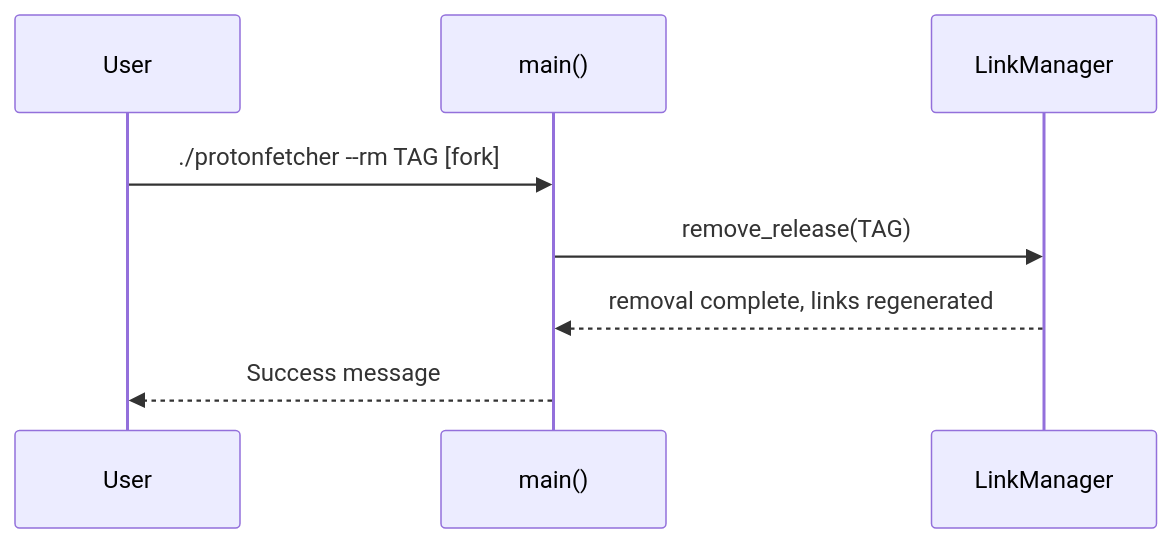
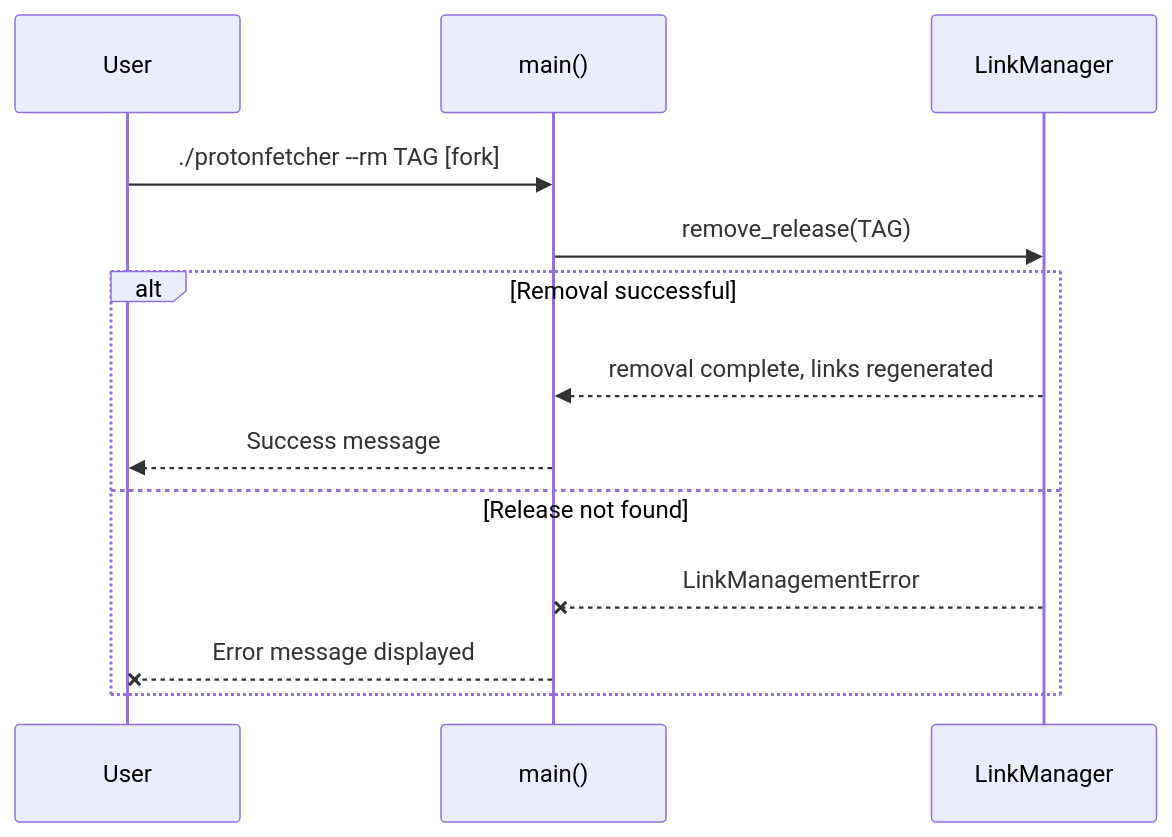
Before and after one commit to WombatFromHell/protonge-fetcher: the fifth of 8 diagrams in DESIGN.md, drawn with Mermaid. The commit also changed other lines of this file and 41 other files, not shown here.

````diff
--- a/DESIGN.md
+++ b/DESIGN.md
@@ -149,11 +305,16 @@
 ```mermaid
 sequenceDiagram
     participant U as User
     participant M as main()
     participant LM as LinkManager
 
     U->>M: ./protonfetcher --rm TAG [fork]
     M->>LM: remove_release(TAG)
-    LM-->>M: removal complete, links regenerated
-    M-->>U: Success message
+    alt Removal successful
+        LM-->>M: removal complete, links regenerated
+        M-->>U: Success message
+    else Release not found
+        LM--x M: LinkManagementError
+        M--x U: Error message displayed
+    end
 ```
````
